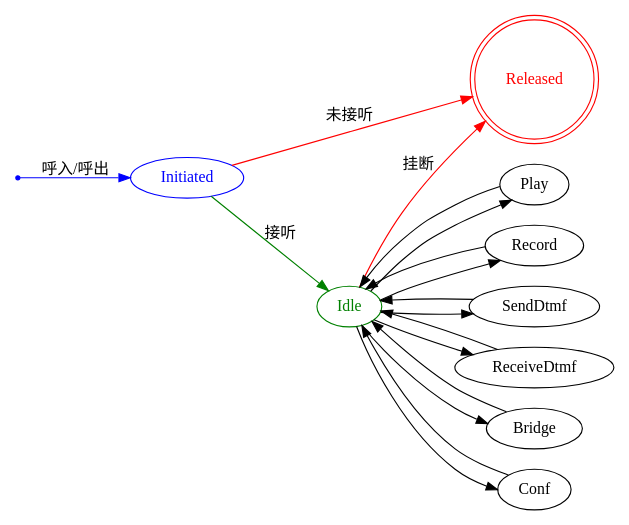
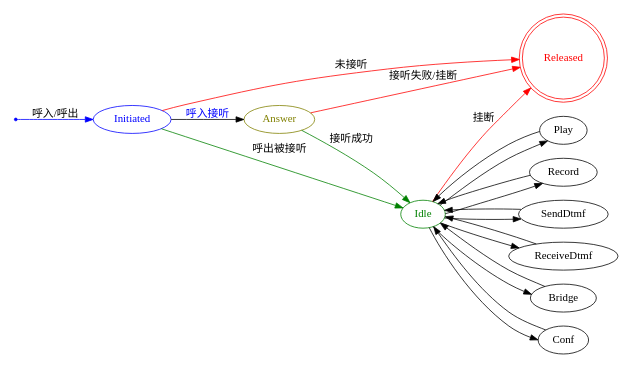
One commit to tanbro/ipsc-ccf changed the diagram in docs/api-spec/call.rst. Above: the diagram before and after it, drawn with Graphviz. The commit also changed 48 other files, not shown here.

```diff
--- a/docs/api-spec/call.rst
+++ b/docs/api-spec/call.rst
@@ -22,35 +22,39 @@
 .. graphviz::
 
   digraph CallResourceState {
 
     size="6,6";
     rankdir="LR";
 
     Start [shape=point, color=blue, fontcolor=blue];
     Initiated [color=blue, fontcolor=blue];
+    Answer [color=olive, fontcolor=olive];
     Idle [color=green, fontcolor=green];
     Released [shape=doublecircle, color=red, fontcolor=red];
 
     Start -> Initiated[label="呼入/呼出", color=blue];
     Initiated -> Released [label="未接听", color=red];
-    Initiated -> Idle [label="接听", color=green];
+    Initiated -> Answer[label="呼入接听", fontcolor=blue];
+    Initiated -> Idle [label="呼出被接听", color=green];
+    Answer -> Idle [label="接听成功", color=green];
+    Answer -> Released [label="接听失败/挂断", color=red];
     Idle -> Released [label="挂断", color=red];
 
     Idle -> Play;
     Play -> Idle;
 
     Idle -> Record;
     Record -> Idle;
 
     Idle -> SendDtmf;
     SendDtmf -> Idle;
 
     Idle -> ReceiveDtmf;
     ReceiveDtmf -> Idle;
 
     Idle -> Bridge;
     Bridge -> Idle;
 
     Idle -> Conf;
     Conf -> Idle;
   }
```
